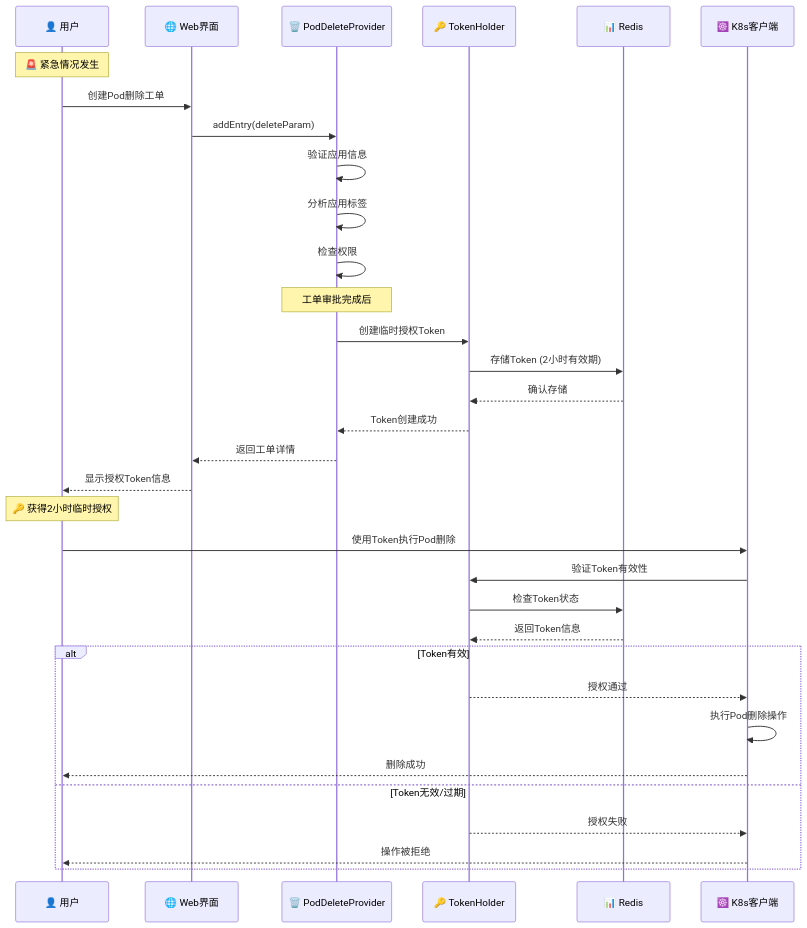
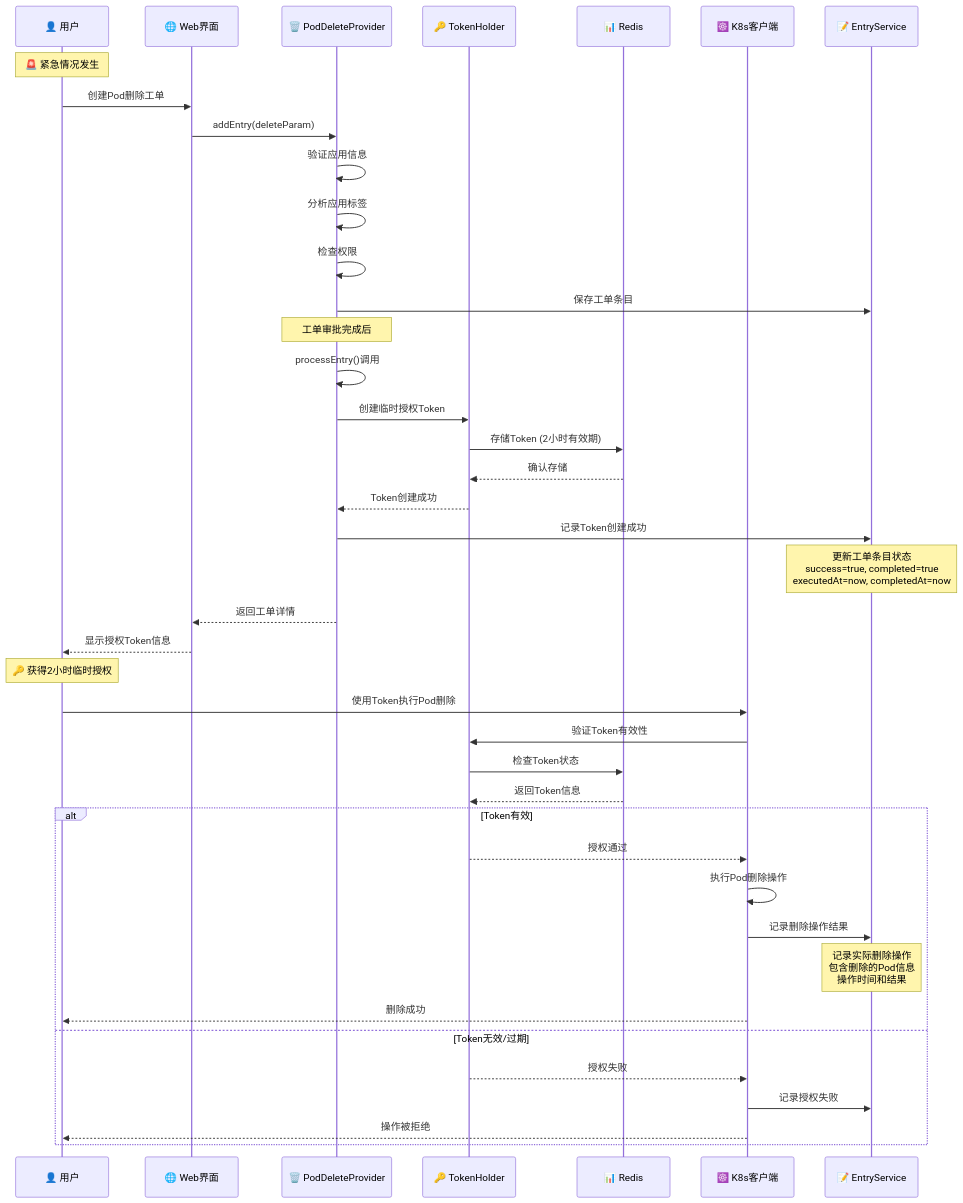
One commit to ixrjog/cratos changed the second of 5 diagrams in docs/workorder/application-pod-delete-guide.md. Above: the diagram before and after it, drawn with Mermaid. The commit also changed other lines of this file and 1 other file, not shown here.

````diff
--- a/docs/workorder/application-pod-delete-guide.md
+++ b/docs/workorder/application-pod-delete-guide.md
@@ -122,41 +122,50 @@
 ```mermaid
 sequenceDiagram
     participant User as 👤 用户
     participant UI as 🌐 Web界面
     participant Provider as 🗑️ PodDeleteProvider
     participant TokenHolder as 🔑 TokenHolder
     participant Redis as 📊 Redis
     participant K8sClient as ☸️ K8s客户端
+    participant EntryService as 📝 EntryService
     
     Note over User: 🚨 紧急情况发生
     User->>UI: 创建Pod删除工单
     UI->>Provider: addEntry(deleteParam)
     
     Provider->>Provider: 验证应用信息
     Provider->>Provider: 分析应用标签
     Provider->>Provider: 检查权限
+    Provider->>EntryService: 保存工单条目
     
     Note over Provider: 工单审批完成后
+    Provider->>Provider: processEntry()调用
     Provider->>TokenHolder: 创建临时授权Token
     TokenHolder->>Redis: 存储Token (2小时有效期)
     Redis-->>TokenHolder: 确认存储
     TokenHolder-->>Provider: Token创建成功
+    
+    Provider->>EntryService: 记录Token创建成功
+    Note over EntryService: 更新工单条目状态<br/>success=true, completed=true<br/>executedAt=now, completedAt=now
     
     Provider-->>UI: 返回工单详情
     UI-->>User: 显示授权Token信息
     
     Note over User: 🔑 获得2小时临时授权
     User->>K8sClient: 使用Token执行Pod删除
     K8sClient->>TokenHolder: 验证Token有效性
     TokenHolder->>Redis: 检查Token状态
     Redis-->>TokenHolder: 返回Token信息
     
     alt Token有效
         TokenHolder-->>K8sClient: 授权通过
         K8sClient->>K8sClient: 执行Pod删除操作
+        K8sClient->>EntryService: 记录删除操作结果
+        Note over EntryService: 记录实际删除操作<br/>包含删除的Pod信息<br/>操作时间和结果
         K8sClient-->>User: 删除成功
     else Token无效/过期
         TokenHolder-->>K8sClient: 授权失败
+        K8sClient->>EntryService: 记录授权失败
         K8sClient-->>User: 操作被拒绝
     end
 ```
````
